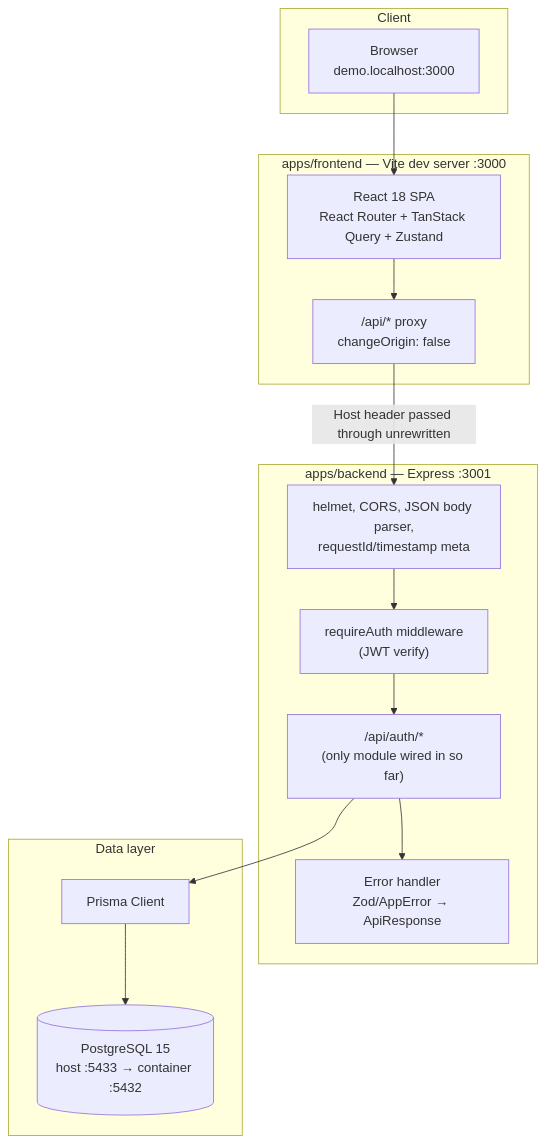
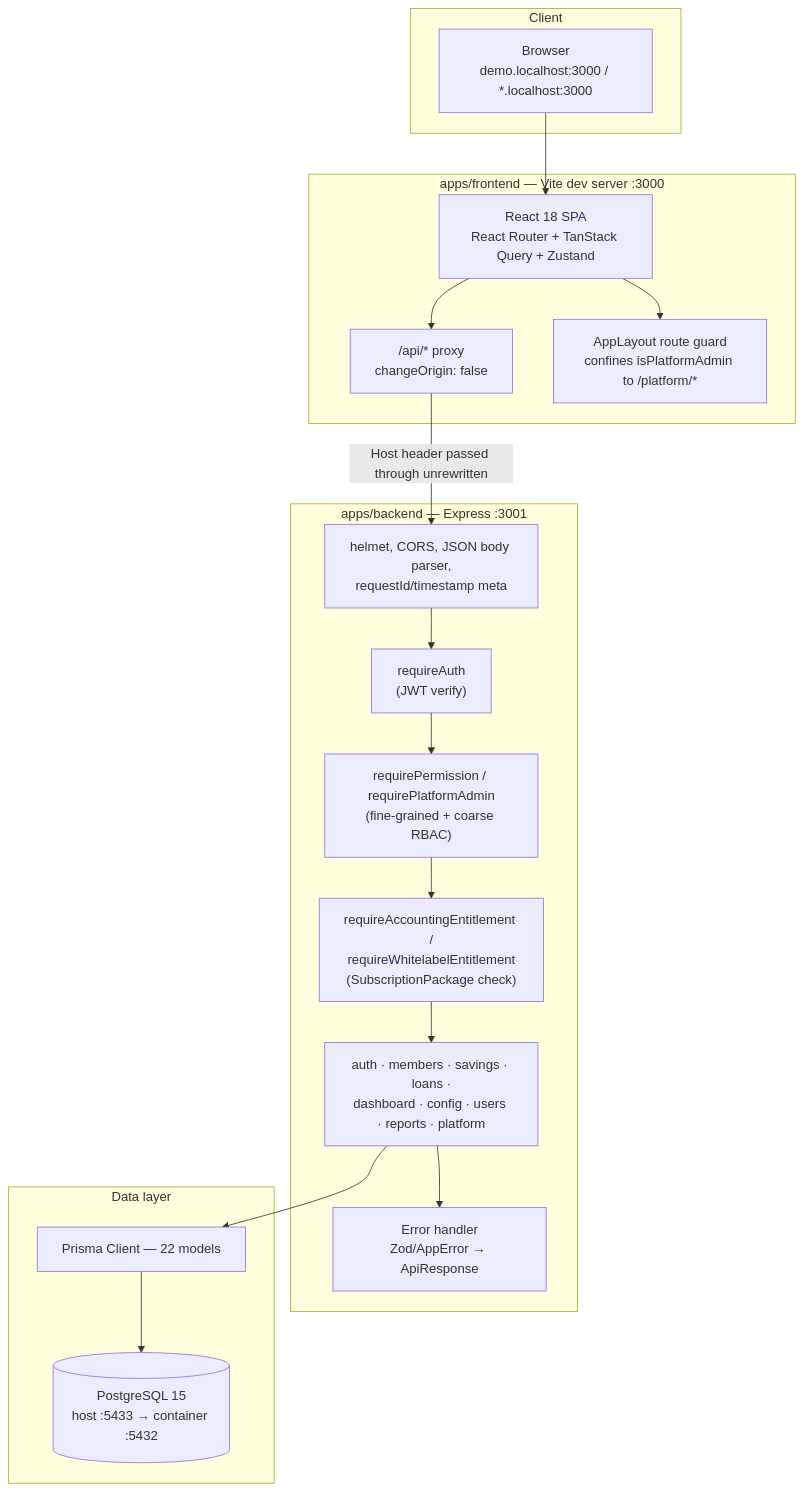
One commit to PTIJK/siskop_v3 changed the first of 2 diagrams in docs/04-System-Architecture-SISKOP.md. Above: the diagram before and after it, drawn with Mermaid. The commit also changed other lines of this file and 37 other files, not shown here.

````diff
--- a/docs/04-System-Architecture-SISKOP.md
+++ b/docs/04-System-Architecture-SISKOP.md
@@ -9,32 +11,38 @@
 ```mermaid
 graph TB
     subgraph Client
-        Browser["Browser<br/>demo.localhost:3000"]
+        Browser["Browser<br/>demo.localhost:3000 / *.localhost:3000"]
     end
 
     subgraph "apps/frontend — Vite dev server :3000"
         FE["React 18 SPA<br/>React Router + TanStack Query + Zustand"]
         Proxy["/api/* proxy<br/>changeOrigin: false"]
+        Guard["AppLayout route guard<br/>confines isPlatformAdmin to /platform/*"]
     end
 
     subgraph "apps/backend — Express :3001"
         MW["helmet, CORS, JSON body parser,<br/>requestId/timestamp meta"]
-        Auth["requireAuth middleware<br/>(JWT verify)"]
-        Routes["/api/auth/*<br/>(only module wired in so far)"]
+        Auth["requireAuth<br/>(JWT verify)"]
+        RBAC["requirePermission / requirePlatformAdmin<br/>(fine-grained + coarse RBAC)"]
+        Ent["requireAccountingEntitlement /<br/>requireWhitelabelEntitlement<br/>(SubscriptionPackage check)"]
+        Routes["auth · members · savings · loans ·<br/>dashboard · config · users · reports · platform"]
         Err["Error handler<br/>Zod/AppError → ApiResponse"]
     end
 
     subgraph "Data layer"
-        Prisma["Prisma Client"]
+        Prisma["Prisma Client — 22 models"]
         PG[("PostgreSQL 15<br/>host :5433 → container :5432")]
     end
 
     Browser --> FE
+    FE --> Guard
     FE --> Proxy
     Proxy -->|"Host header passed through unrewritten"| MW
     MW --> Auth
-    Auth --> Routes
+    Auth --> RBAC
+    RBAC --> Ent
+    Ent --> Routes
     Routes --> Err
     Routes --> Prisma
     Prisma --> PG
 ```
````
